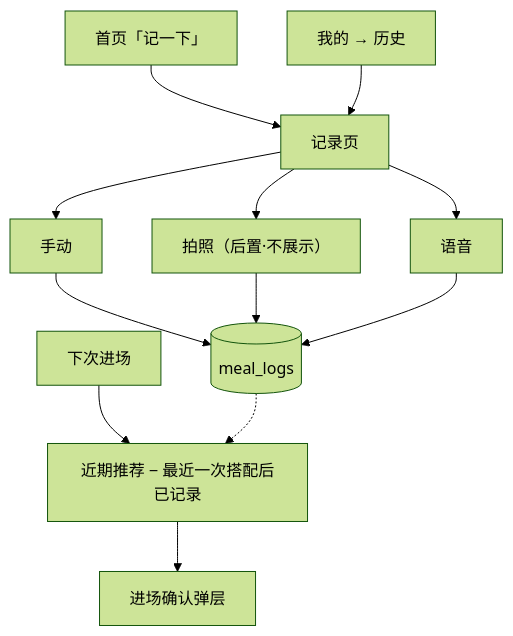
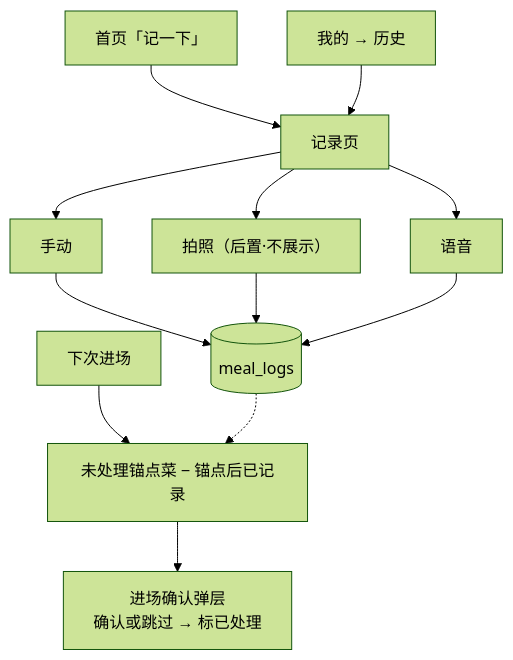
Before and after one commit to luonanqin/cookthis: the fifth of 6 diagrams in doc/需求流程图.md, drawn with Mermaid (forest theme). The commit also changed other lines of this file and 108 other files, not shown here.

````diff
--- a/doc/需求流程图.md
+++ b/doc/需求流程图.md
@@ -136,14 +137,14 @@
 ```mermaid
 flowchart TD
   Home[首页「记一下」] --> R[记录页]
   Mine[我的 → 历史] --> R
   R --> M1[手动]
   R --> M2[拍照（后置·不展示）]
   R --> M3[语音]
   M1 --> Log[(meal_logs)]
   M2 --> Log
   M3 --> Log
-  Next[下次进场] --> Dedup[近期推荐 − 最近一次搭配后已记录]
-  Dedup --> Confirm[进场确认弹层]
+  Next[下次进场] --> Dedup[未处理锚点菜 − 锚点后已记录]
+  Dedup --> Confirm[进场确认弹层<br/>确认或跳过 → 标已处理]
   Log -.-> Dedup
 ```
````
